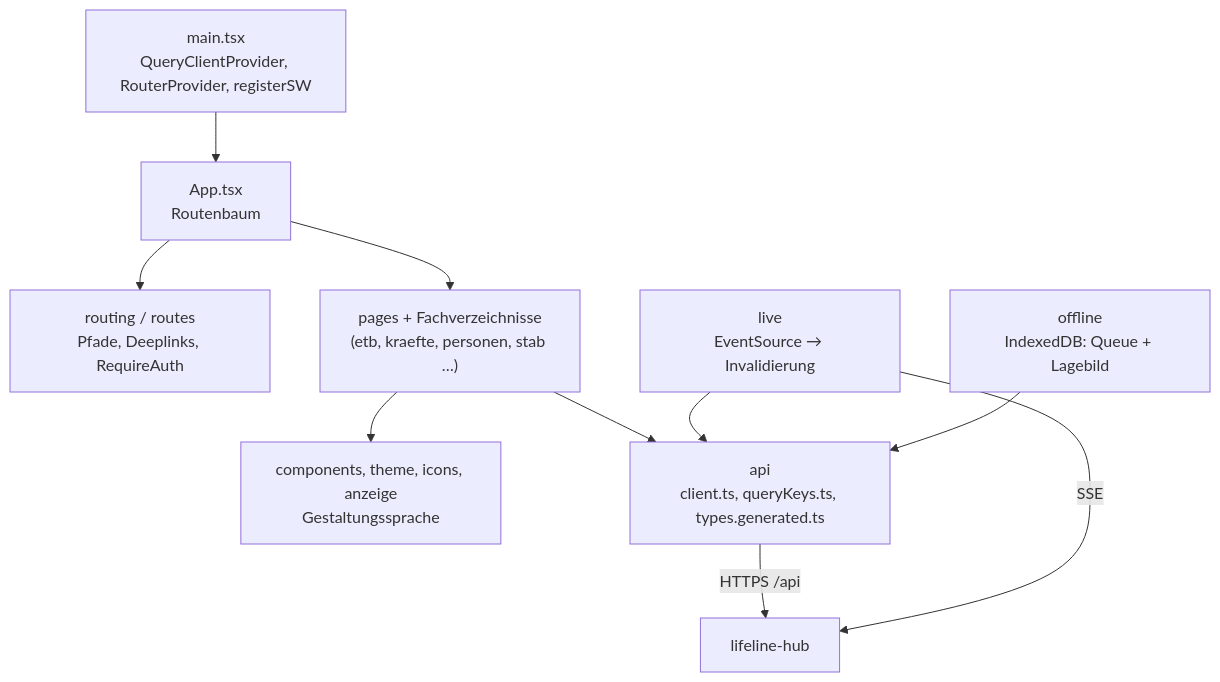
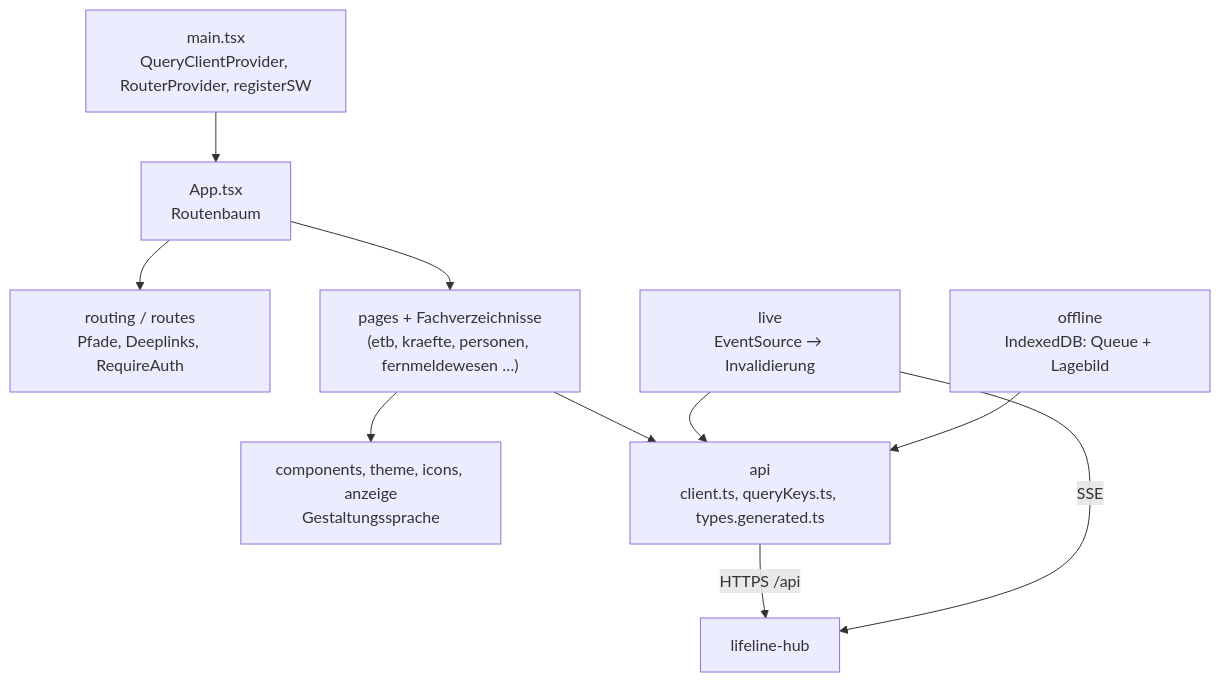
Before and after one commit to rubenvitt/lifeline-hub: the third of 3 diagrams in docs/architektur/05-bausteinsicht.md, drawn with Mermaid. The commit also changed other lines of this file and 4 other files, not shown here.

````diff
--- a/docs/architektur/05-bausteinsicht.md
+++ b/docs/architektur/05-bausteinsicht.md
@@ -270,12 +270,12 @@
 ```mermaid
 flowchart TB
   main["main.tsx<br/>QueryClientProvider, RouterProvider, registerSW"] --> app["App.tsx<br/>Routenbaum"]
   app --> routing["routing / routes<br/>Pfade, Deeplinks, RequireAuth"]
-  app --> pages["pages + Fachverzeichnisse<br/>(etb, kraefte, personen, stab …)"]
+  app --> pages["pages + Fachverzeichnisse<br/>(etb, kraefte, personen, fernmeldewesen …)"]
   pages --> ds["components, theme, icons, anzeige<br/>Gestaltungssprache"]
   pages --> api["api<br/>client.ts, queryKeys.ts, types.generated.ts"]
   live["live<br/>EventSource → Invalidierung"] --> api
   offline["offline<br/>IndexedDB: Queue + Lagebild"] --> api
   api -- "HTTPS /api" --> hub["lifeline-hub"]
   live -- "SSE" --> hub
 ```
````
